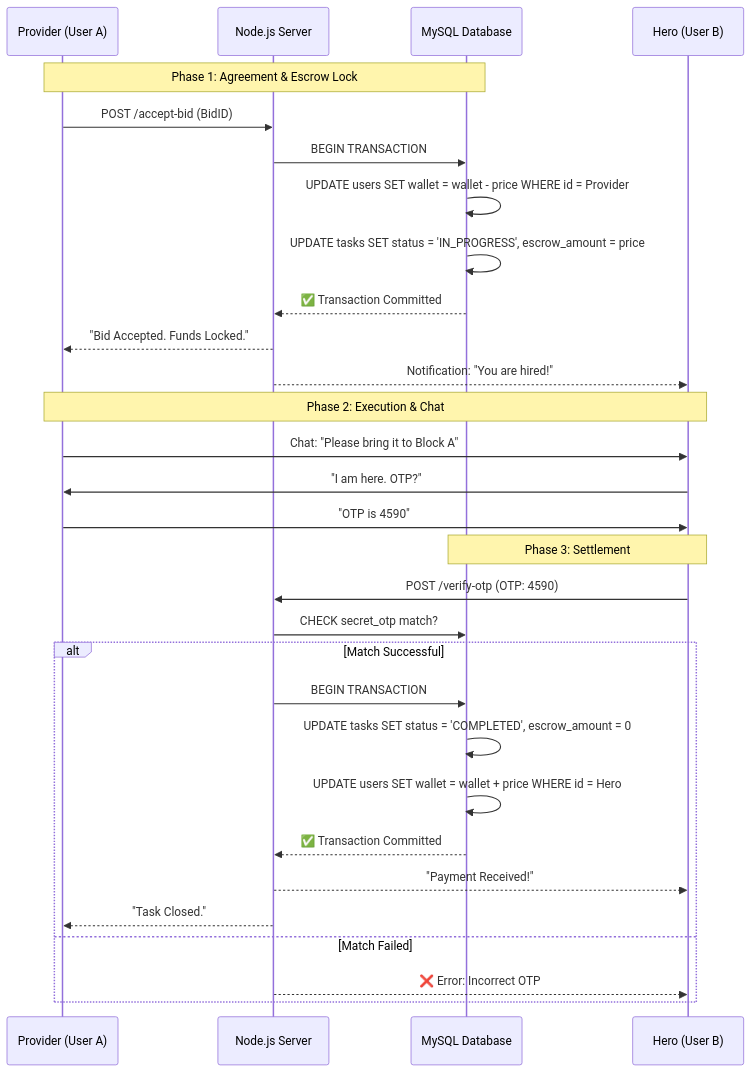
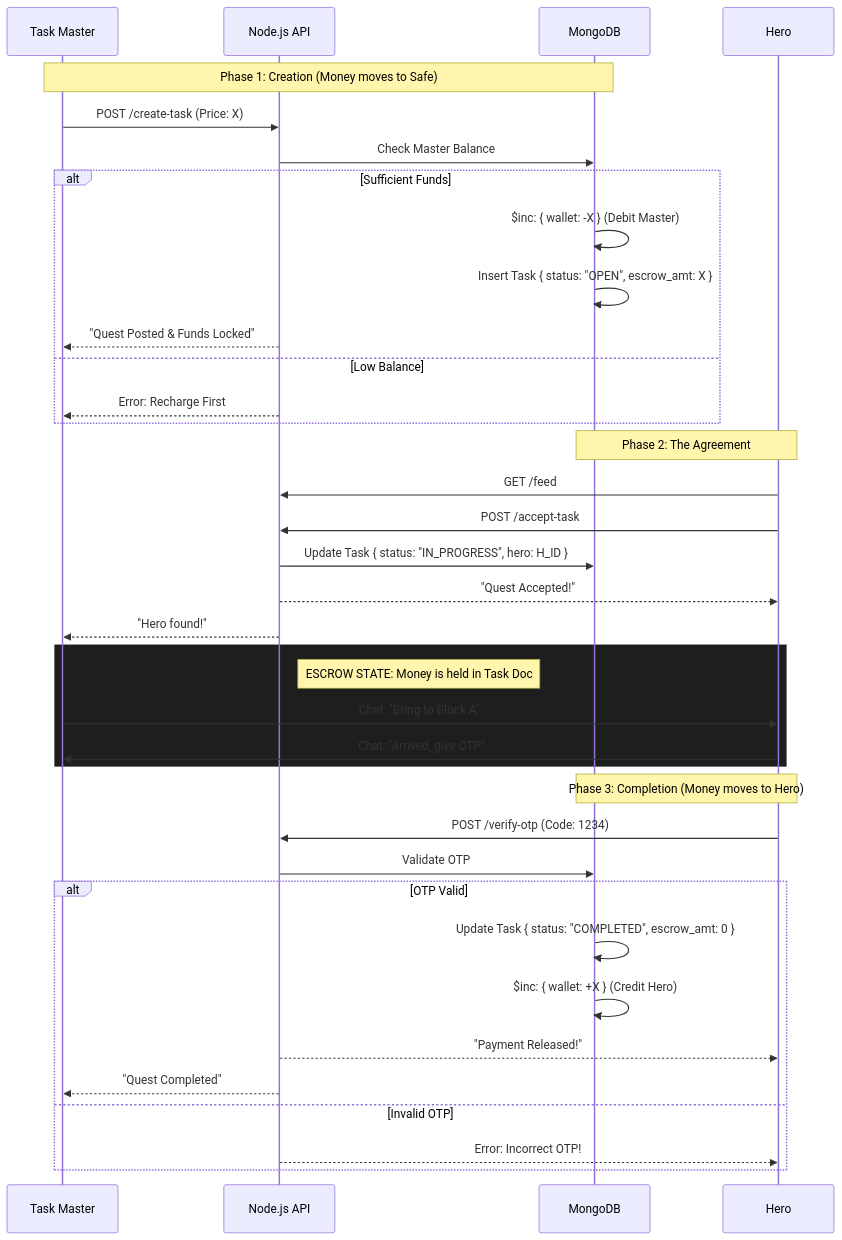
Before and after one commit to arupdhara/arup-demo: the third of 6 diagrams in TECHNICAL_ARCHITECTURE.md, drawn with Mermaid. The commit also changed other lines of this file, not shown here.

````diff
--- a/TECHNICAL_ARCHITECTURE.md
+++ b/TECHNICAL_ARCHITECTURE.md
@@ -47,36 +47,45 @@
 ```mermaid
 sequenceDiagram
-    participant P as Provider (User A)
-    participant API as Node.js Server
-    participant DB as MySQL Database
-    participant H as Hero (User B)
+    participant TM as Task Master
+    participant API as Node.js API
+    participant DB as MongoDB
+    participant H as Hero
 
-    Note over P, DB: Phase 1: Agreement & Escrow Lock
-    P->>API: POST /accept-bid (BidID)
-    API->>DB: BEGIN TRANSACTION
-    DB->>DB: UPDATE users SET wallet = wallet - price WHERE id = Provider
-    DB->>DB: UPDATE tasks SET status = 'IN_PROGRESS', escrow_amount = price
-    DB-->>API: ✅ Transaction Committed
-    API-->>P: "Bid Accepted. Funds Locked."
-    API-->>H: Notification: "You are hired!"
+    Note over TM, DB: Phase 1: Creation (Money moves to Safe)
+    TM->>API: POST /create-task (Price: X)
+    API->>DB: Check Master Balance
+    
+    alt Sufficient Funds
+        DB->>DB: $inc: { wallet: -X } (Debit Master)
+        DB->>DB: Insert Task { status: "OPEN", escrow_amt: X }
+        API-->>TM: "Quest Posted & Funds Locked"
+    else Low Balance
+        API-->>TM: Error: Recharge First
+    end
 
-    Note over P, H: Phase 2: Execution & Chat
-    P->>H: Chat: "Please bring it to Block A"
-    H->>P: "I am here. OTP?"
-    P->>H: "OTP is 4590"
+    Note over H, DB: Phase 2: The Agreement
+    H->>API: GET /feed
+    H->>API: POST /accept-task
+    API->>DB: Update Task { status: "IN_PROGRESS", hero: H_ID }
+    API-->>H: "Quest Accepted!"
+    API-->>TM: "Hero found!"
 
-    Note over H, DB: Phase 3: Settlement
-    H->>API: POST /verify-otp (OTP: 4590)
-    API->>DB: CHECK secret_otp match?
+    rect rgb(30, 30, 30)
+        Note right of API: ESCROW STATE: Money is held in Task Doc
+        TM->>H: Chat: "Bring to Block A"
+        H->>TM: Chat: "Arrived, give OTP"
+    end
+
+    Note over H, DB: Phase 3: Completion (Money moves to Hero)
+    H->>API: POST /verify-otp (Code: 1234)
+    API->>DB: Validate OTP
     
-    alt Match Successful
-        API->>DB: BEGIN TRANSACTION
-        DB->>DB: UPDATE tasks SET status = 'COMPLETED', escrow_amount = 0
-        DB->>DB: UPDATE users SET wallet = wallet + price WHERE id = Hero
-        DB-->>API: ✅ Transaction Committed
-        API-->>H: "Payment Received!"
-        API-->>P: "Task Closed."
-    else Match Failed
-        API-->>H: ❌ Error: Incorrect OTP
+    alt OTP Valid
+        DB->>DB: Update Task { status: "COMPLETED", escrow_amt: 0 }
+        DB->>DB: $inc: { wallet: +X } (Credit Hero)
+        API-->>H: "Payment Released!"
+        API-->>TM: "Quest Completed"
+    else Invalid OTP
+        API-->>H: Error: Incorrect OTP!
     end
 ```
````
